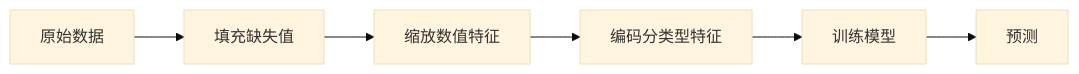
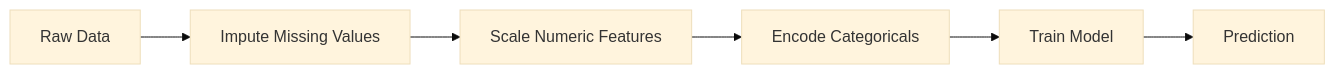
Before and after one commit to xiaojiaenen/ai-engineering-from-scratch-zh: the first of 2 diagrams in i18n/zh/phases/02-ml-fundamentals/13-ml-pipelines/docs/zh.md, drawn with Mermaid (base theme). The commit also changed other lines of this file and 18 other files, not shown here.

````diff
--- a/i18n/zh/phases/02-ml-fundamentals/13-ml-pipelines/docs/zh.md
+++ b/i18n/zh/phases/02-ml-fundamentals/13-ml-pipelines/docs/zh.md
@@ -31,8 +31,8 @@
 ```mermaid
 flowchart LR
-    A[原始数据] --> B[填充缺失值]
-    B --> C[缩放数值特征]
-    C --> D[编码分类型特征]
-    D --> E[训练模型]
-    E --> F[预测]
+    A[Raw Data] --> B[Impute Missing Values]
+    B --> C[Scale Numeric Features]
+    C --> D[Encode Categoricals]
+    D --> E[Train Model]
+    E --> F[Prediction]
 ```
````
